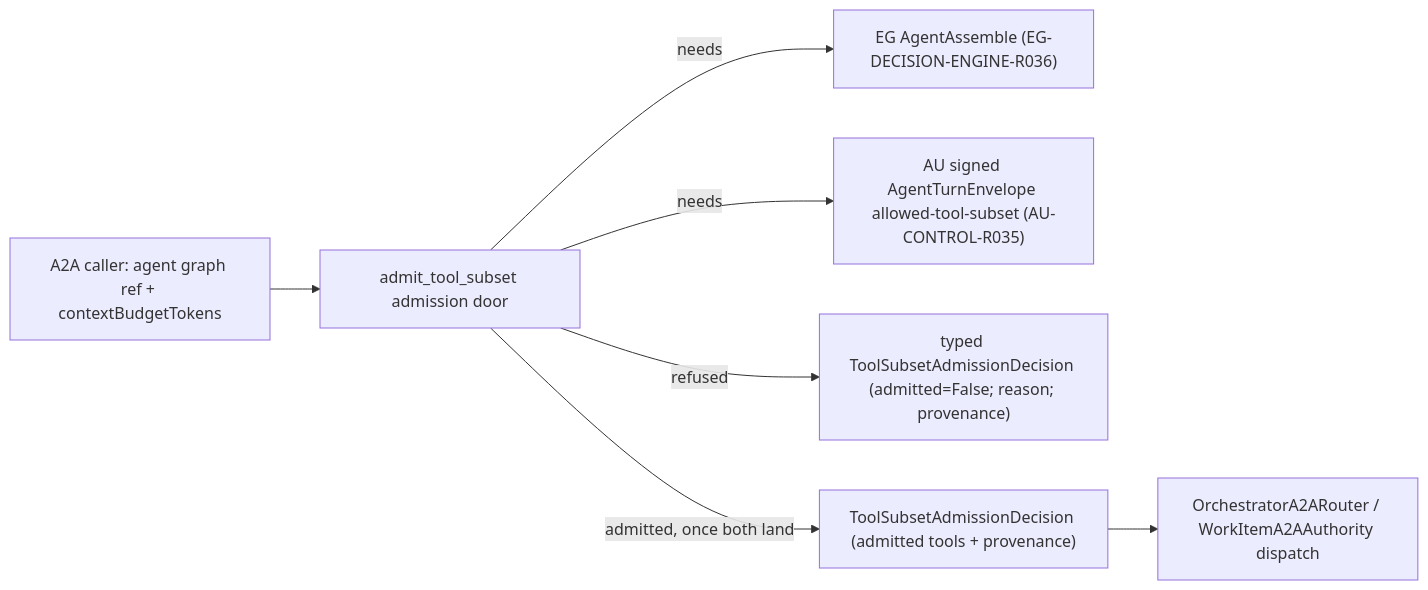
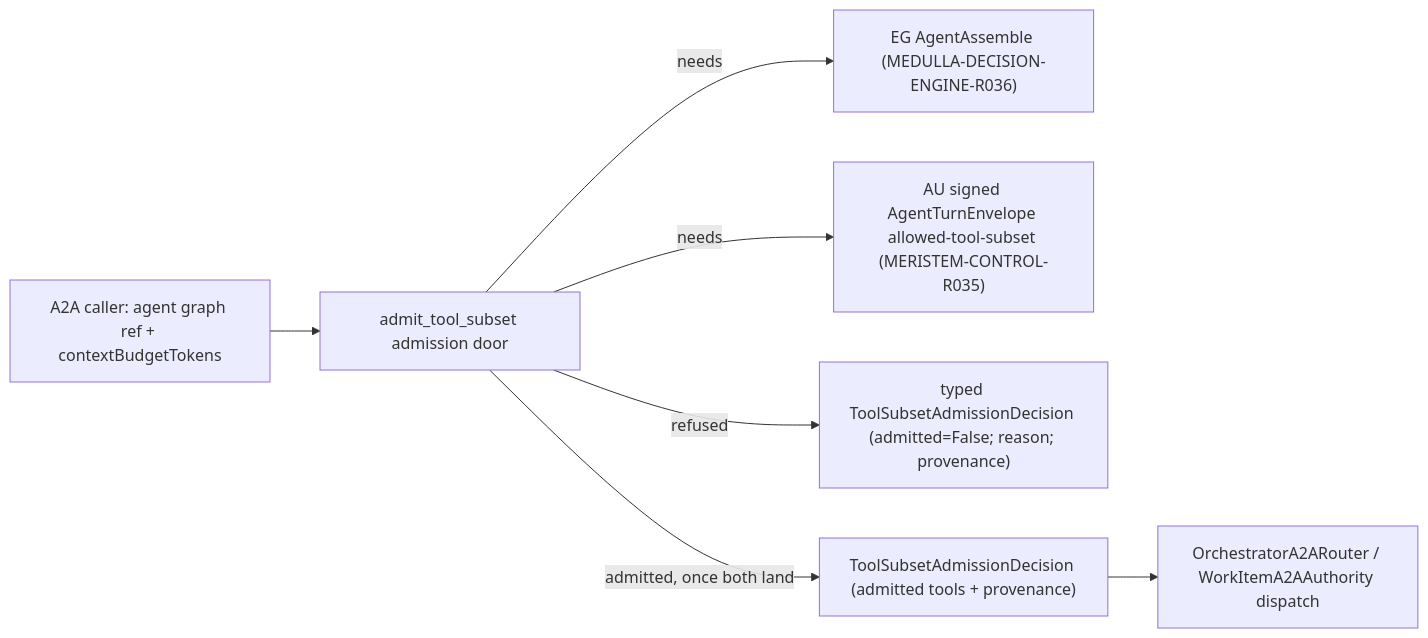
One commit to Knuckles-Team/arbora changed the third of 4 diagrams in specs/a2a/plan.md. Above: the diagram before and after it, drawn with Mermaid. The commit also changed other lines of this file and 103 other files, not shown here.

First line of the commit message:
specs: rename spec ID prefixes to repo names (EG-, AU-, SDK-, TUI-, WEBUI-, GRAPHOS- → repo-name prefixes)

````diff
--- a/specs/a2a/plan.md
+++ b/specs/a2a/plan.md
@@ -96,9 +96,9 @@
 ```mermaid
 flowchart LR
   C[A2A caller: agent graph ref + contextBudgetTokens] --> D[admit_tool_subset admission door]
-  D -->|needs| EG["EG AgentAssemble (EG-DECISION-ENGINE-R036)"]
-  D -->|needs| AU["AU signed AgentTurnEnvelope allowed-tool-subset (AU-CONTROL-R035)"]
+  D -->|needs| EG["EG AgentAssemble (MEDULLA-DECISION-ENGINE-R036)"]
+  D -->|needs| AU["AU signed AgentTurnEnvelope allowed-tool-subset (MERISTEM-CONTROL-R035)"]
   D -->|refused| R["typed ToolSubsetAdmissionDecision (admitted=False; reason; provenance)"]
   D -->|admitted, once both land| A["ToolSubsetAdmissionDecision (admitted tools + provenance)"]
   A --> X[OrchestratorA2ARouter / WorkItemA2AAuthority dispatch]
 ```
````
